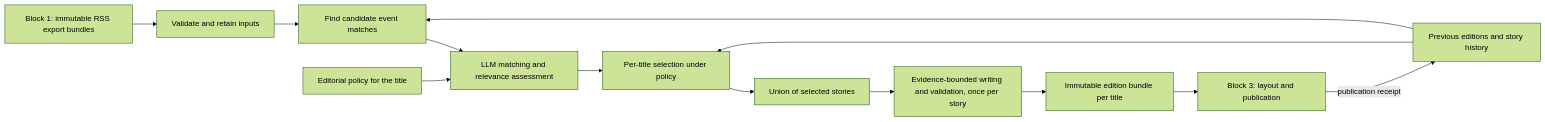
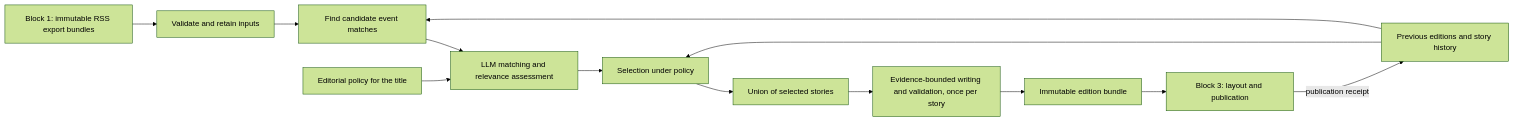
One commit to vyakimov/copenhagen-daily changed the diagram in plans/news-editorial-architecture-plan.md. Above: the diagram before and after it, drawn with Mermaid (forest theme). The commit also changed other lines of this file and 6 other files, not shown here.

````diff
--- a/plans/news-editorial-architecture-plan.md
+++ b/plans/news-editorial-architecture-plan.md
@@ -15,15 +15,15 @@
 ```mermaid
 flowchart LR
     A[Block 1: immutable RSS export bundles] --> B[Validate and retain inputs]
     B --> C[Find candidate event matches]
     C --> D[LLM matching and relevance assessment]
-    D --> E[Per-title selection under policy]
+    D --> E[Selection under policy]
     E --> U[Union of selected stories]
     U --> F[Evidence-bounded writing and validation, once per story]
-    F --> G[Immutable edition bundle per title]
+    F --> G[Immutable edition bundle]
     G --> H[Block 3: layout and publication]
     P[Editorial policy for the title] --> D
     S[Previous editions and story history] --> C
     S --> E
     H -->|publication receipt| S
 ```
````
